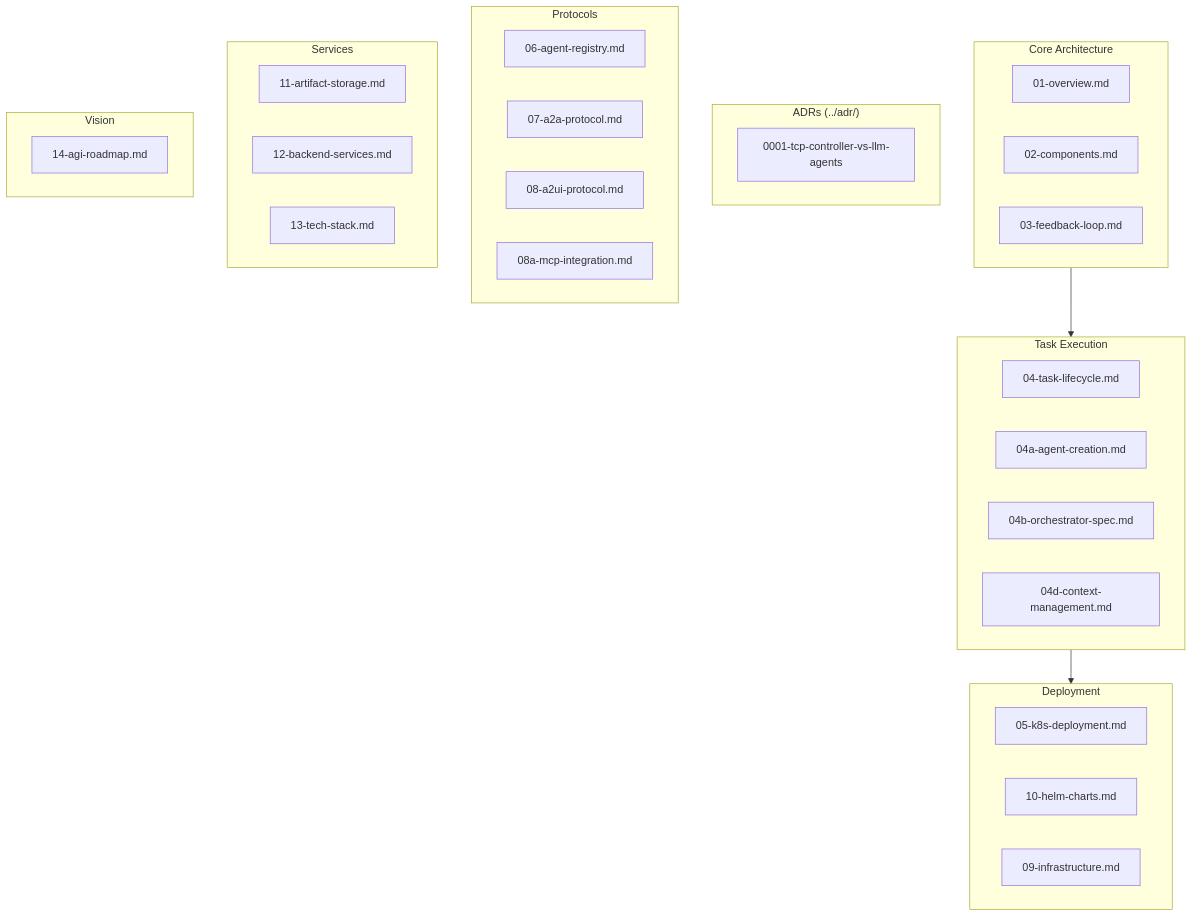
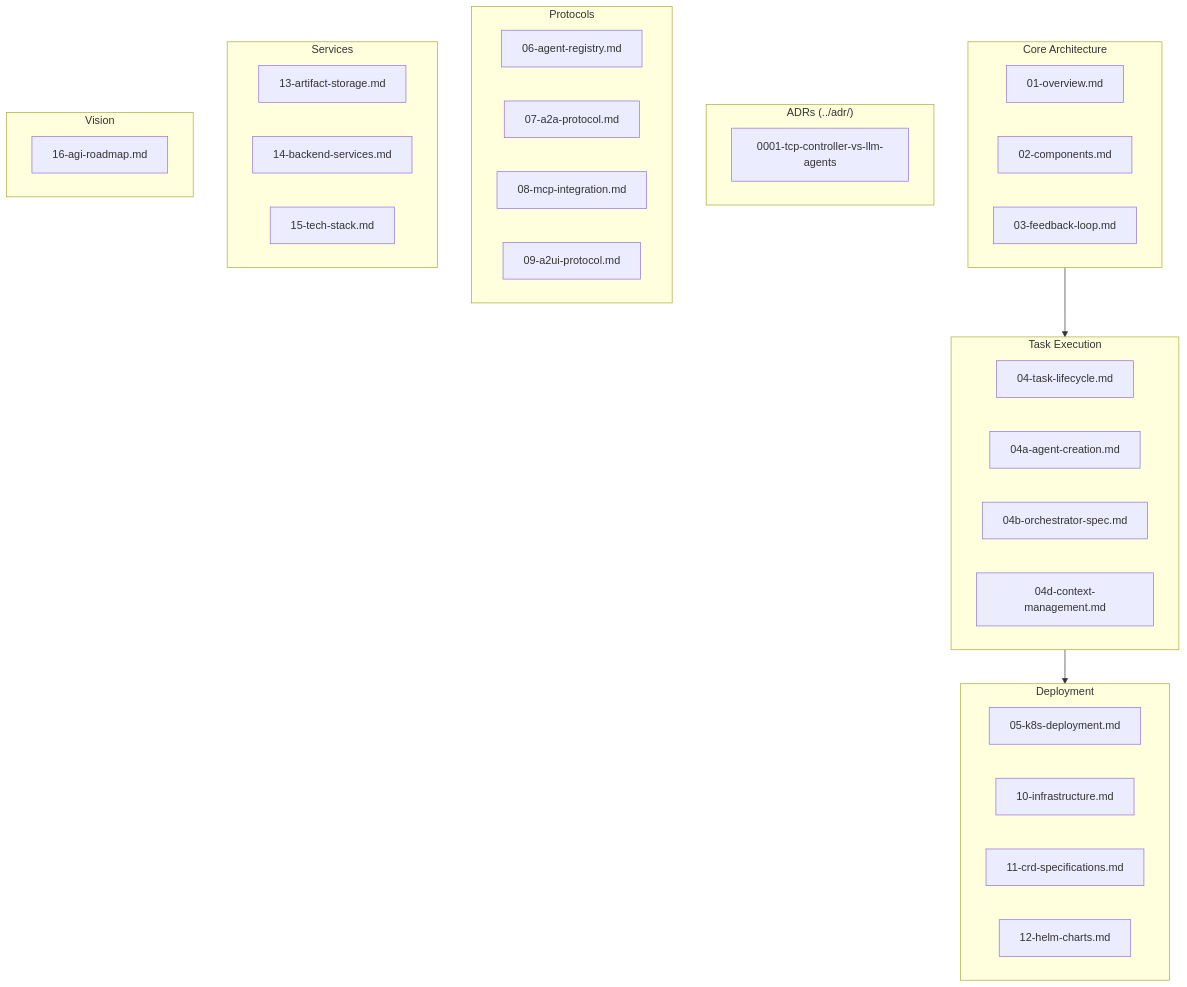
One commit to dshcherbatiuk/forgemaster changed the diagram in docs/arch/README.md. Above: the diagram before and after it, drawn with Mermaid. The commit also changed other lines of this file and 16 other files, not shown here.

First line of the commit message:
refactor: Renumber arch docs to slot MCP integration as 08

````diff
--- a/docs/arch/README.md
+++ b/docs/arch/README.md
@@ -9,45 +9,46 @@
 ```mermaid
 flowchart TB
     subgraph Core["Core Architecture"]
         OV[01-overview.md]
         COMP[02-components.md]
         FB[03-feedback-loop.md]
     end
 
     subgraph TaskExec["Task Execution"]
         TL[04-task-lifecycle.md]
         AC[04a-agent-creation.md]
         OS[04b-orchestrator-spec.md]
         CM[04d-context-management.md]
     end
 
     subgraph ADR["ADRs (../adr/)"]
         DD[0001-tcp-controller-vs-llm-agents]
     end
 
     subgraph Deployment["Deployment"]
         K8S[05-k8s-deployment.md]
-        HELM[10-helm-charts.md]
-        INFRA[09-infrastructure.md]
+        INFRA[10-infrastructure.md]
+        CRD[11-crd-specifications.md]
+        HELM[12-helm-charts.md]
     end
 
     subgraph Protocols["Protocols"]
         REG[06-agent-registry.md]
         A2A[07-a2a-protocol.md]
-        A2UI[08-a2ui-protocol.md]
-        MCP[08a-mcp-integration.md]
+        MCP[08-mcp-integration.md]
+        A2UI[09-a2ui-protocol.md]
     end
 
     subgraph Services["Services"]
-        STORE[11-artifact-storage.md]
-        RUST[12-backend-services.md]
-        TECH[13-tech-stack.md]
+        STORE[13-artifact-storage.md]
+        RUST[14-backend-services.md]
+        TECH[15-tech-stack.md]
     end
 
     subgraph Future["Vision"]
-        AGI[14-agi-roadmap.md]
+        AGI[16-agi-roadmap.md]
     end
 
     Core --> TaskExec
     TaskExec --> Deployment
 ```
````
